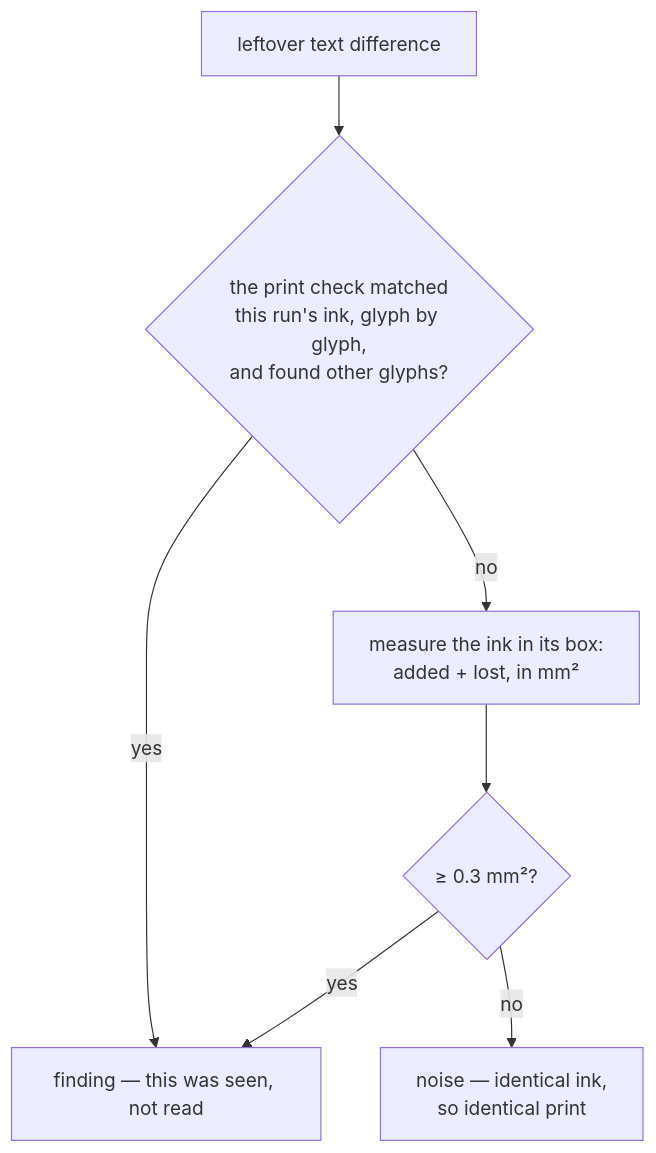
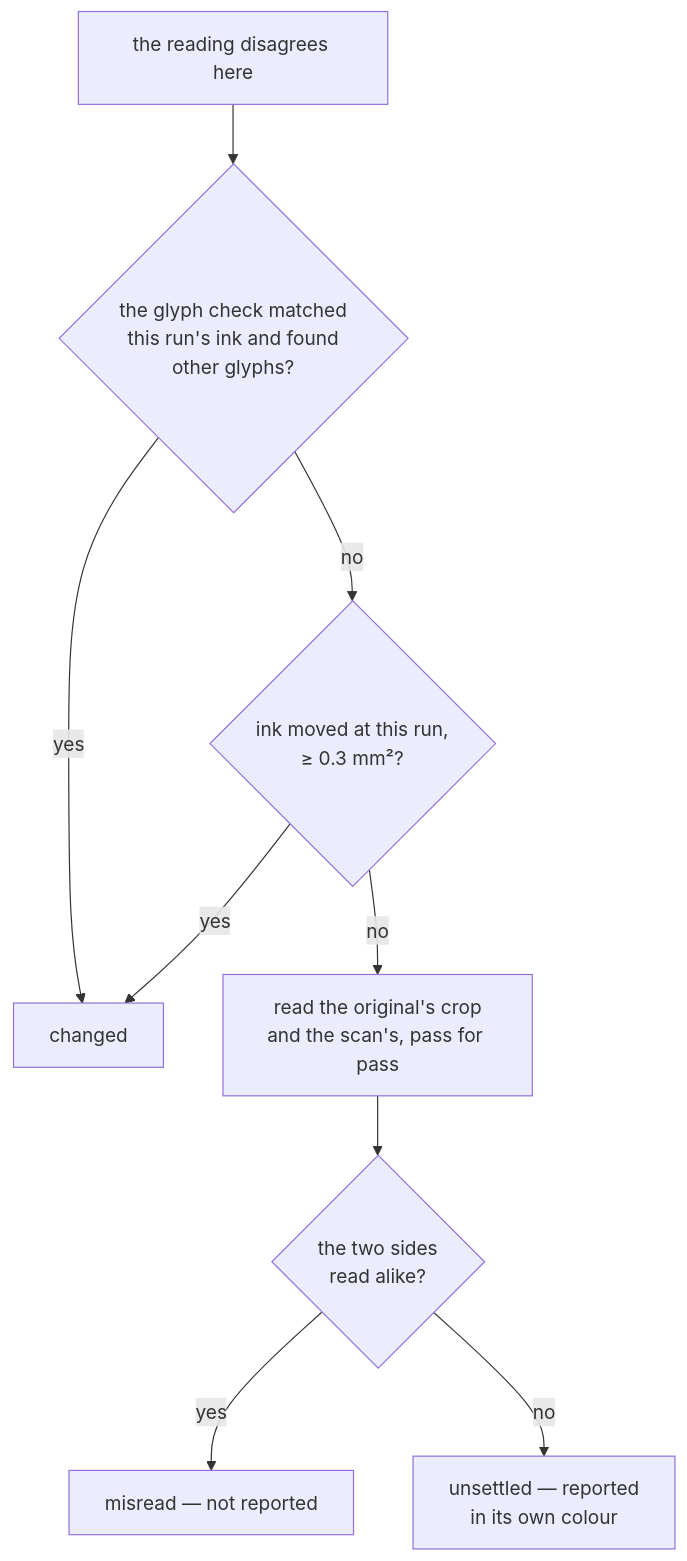
The third of 4 diagrams in packages/audit/documentation/algorithms.md (russoedu/scanmate), drawn with Mermaid before and after one commit. The commit also changed other lines of this file and 25 other files, not shown here.

````diff
--- a/packages/audit/documentation/algorithms.md
+++ b/packages/audit/documentation/algorithms.md
@@ -79,9 +92,11 @@
 ```mermaid
 flowchart TD
-  A[leftover text difference] --> B{the print check matched<br/>this run's ink, glyph by glyph,<br/>and found other glyphs?}
-  B -->|yes| F[finding — this was seen, not read]
-  B -->|no| C[measure the ink in its box:<br/>added + lost, in mm²]
-  C --> D{≥ 0.3 mm²?}
-  D -->|yes| F
-  D -->|no| N[noise — identical ink,<br/>so identical print]
+  A[the reading disagrees here] --> B{the glyph check matched<br/>this run's ink and found<br/>other glyphs?}
+  B -->|yes| C[changed]
+  B -->|no| D{ink moved at this run,<br/>≥ 0.3 mm²?}
+  D -->|yes| C
+  D -->|no| E[read the original's crop<br/>and the scan's, pass for pass]
+  E --> F{the two sides<br/>read alike?}
+  F -->|yes| G[misread — not reported]
+  F -->|no| H[unsettled — reported<br/>in its own colour]
 ```
````
